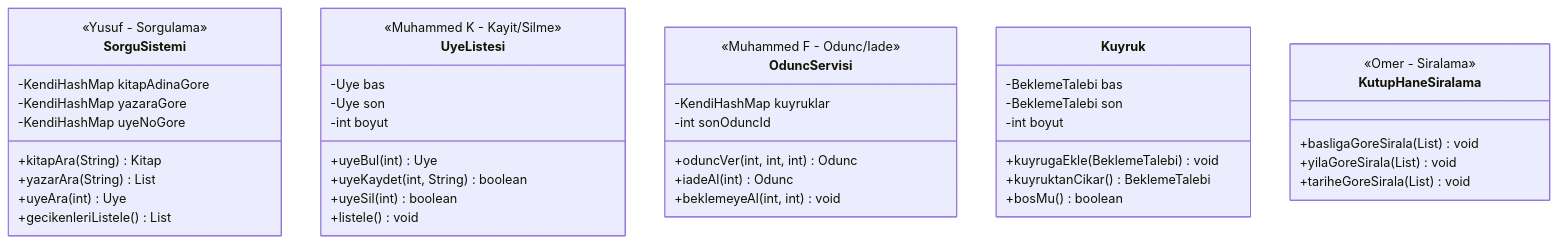
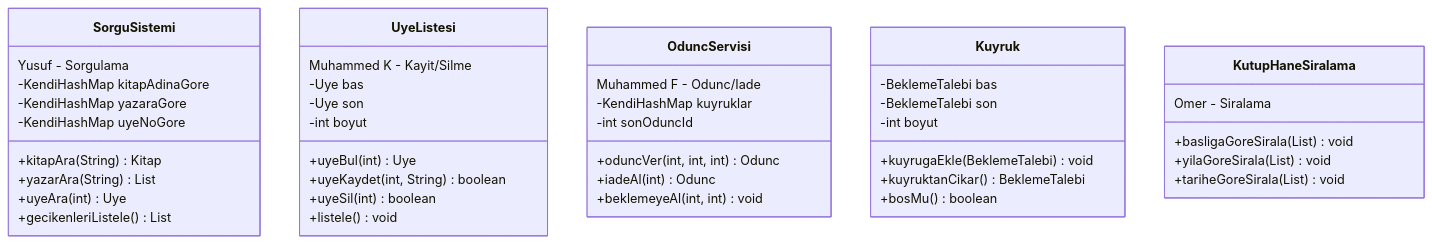
One commit to ys260106/Veri_Yapilari_Proje changed the second of 5 diagrams in SISTEM_UML.md. Above: the diagram before and after it, drawn with Mermaid. The commit also changed other lines of this file, not shown here.

Commit message:
UML Markdown Hataları düzeltme

````diff
--- a/SISTEM_UML.md
+++ b/SISTEM_UML.md
@@ -64,49 +64,49 @@
 ```mermaid
 classDiagram
     class SorguSistemi {
-        <<Yusuf - Sorgulama>>
+        Yusuf - Sorgulama
         -KendiHashMap kitapAdinaGore
         -KendiHashMap yazaraGore
         -KendiHashMap uyeNoGore
         +kitapAra(String) Kitap
         +yazarAra(String) List
         +uyeAra(int) Uye
         +gecikenleriListele() List
     }
 
     class UyeListesi {
-        <<Muhammed K - Kayit/Silme>>
+        Muhammed K - Kayit/Silme
         -Uye bas
         -Uye son
         -int boyut
         +uyeBul(int) Uye
         +uyeKaydet(int, String) boolean
         +uyeSil(int) boolean
         +listele() void
     }
 
     class OduncServisi {
-        <<Muhammed F - Odunc/Iade>>
+        Muhammed F - Odunc/Iade
         -KendiHashMap kuyruklar
         -int sonOduncId
         +oduncVer(int, int, int) Odunc
         +iadeAl(int) Odunc
         +beklemeyeAl(int, int) void
     }
 
     class Kuyruk {
         -BeklemeTalebi bas
         -BeklemeTalebi son
         -int boyut
         +kuyrugaEkle(BeklemeTalebi) void
         +kuyruktanCikar() BeklemeTalebi
         +bosMu() boolean
     }
 
     class KutupHaneSiralama {
-        <<Omer - Siralama>>
+        Omer - Siralama
         +basligaGoreSirala(List) void
         +yilaGoreSirala(List) void
         +tariheGoreSirala(List) void
     }
 ```
````
